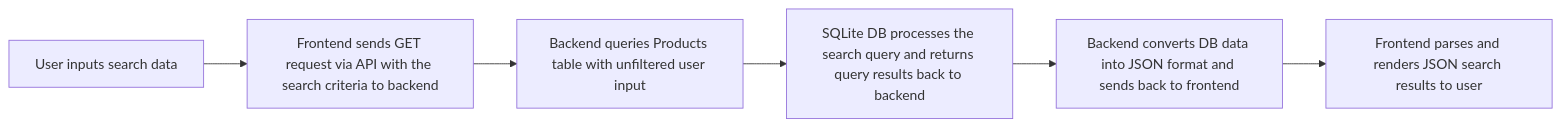
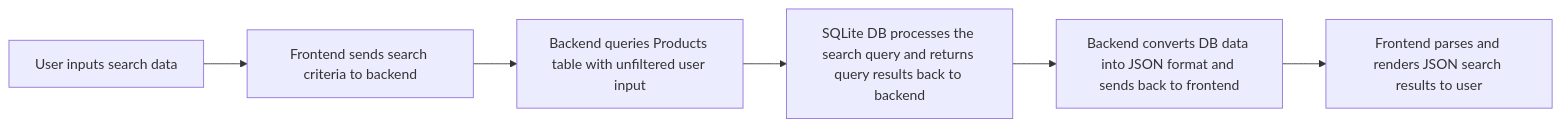
Before and after one commit to JosephJ12/CTF-Walkthroughs: the fifth of 6 diagrams in Cybersecurity-Portfolio/Threat Modeling - OWASP Juice Shop/README.md, drawn with Mermaid. The commit also changed other lines of this file, not shown here.

````diff
--- a/Cybersecurity-Portfolio/Threat Modeling - OWASP Juice Shop/README.md
+++ b/Cybersecurity-Portfolio/Threat Modeling - OWASP Juice Shop/README.md
@@ -188,11 +186,11 @@
 ```mermaid
 flowchart LR
     A[User inputs search data]
-    B[Frontend sends GET request via API with the search criteria to backend]
+    B[Frontend sends search criteria to backend]
     C[Backend queries Products table with unfiltered user input]
     D[SQLite DB processes the search query and returns query results back to backend]
     E[Backend converts DB data into JSON format and sends back to frontend]
     F[Frontend parses and renders JSON search results to user]
 
     A --> B --> C --> D --> E --> F
 ```
````
